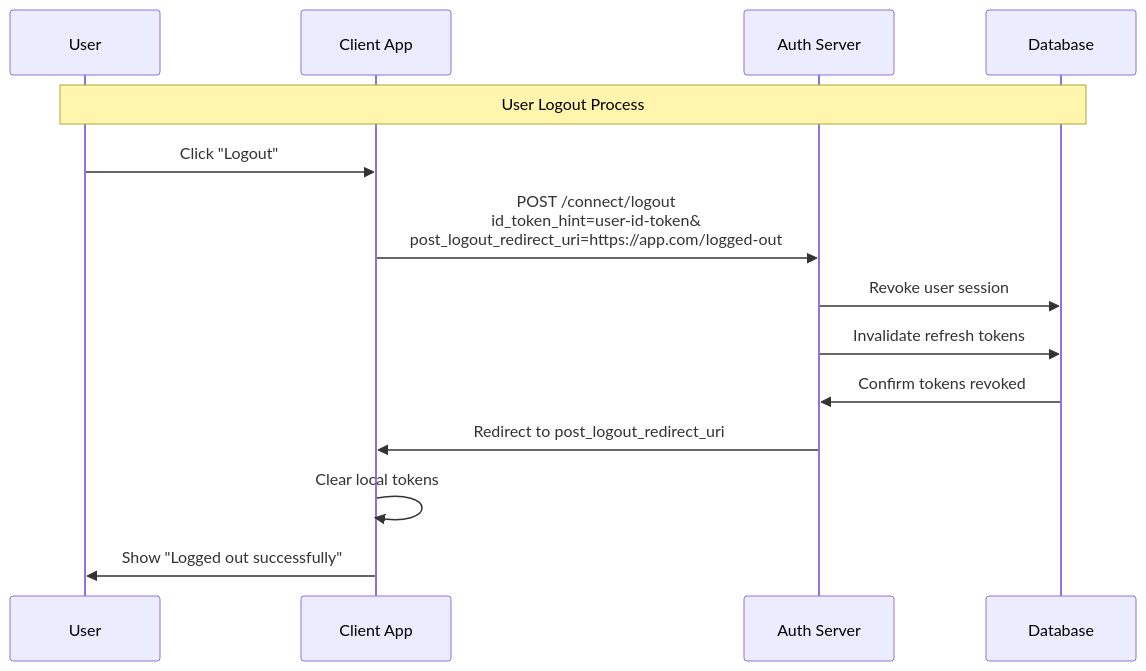
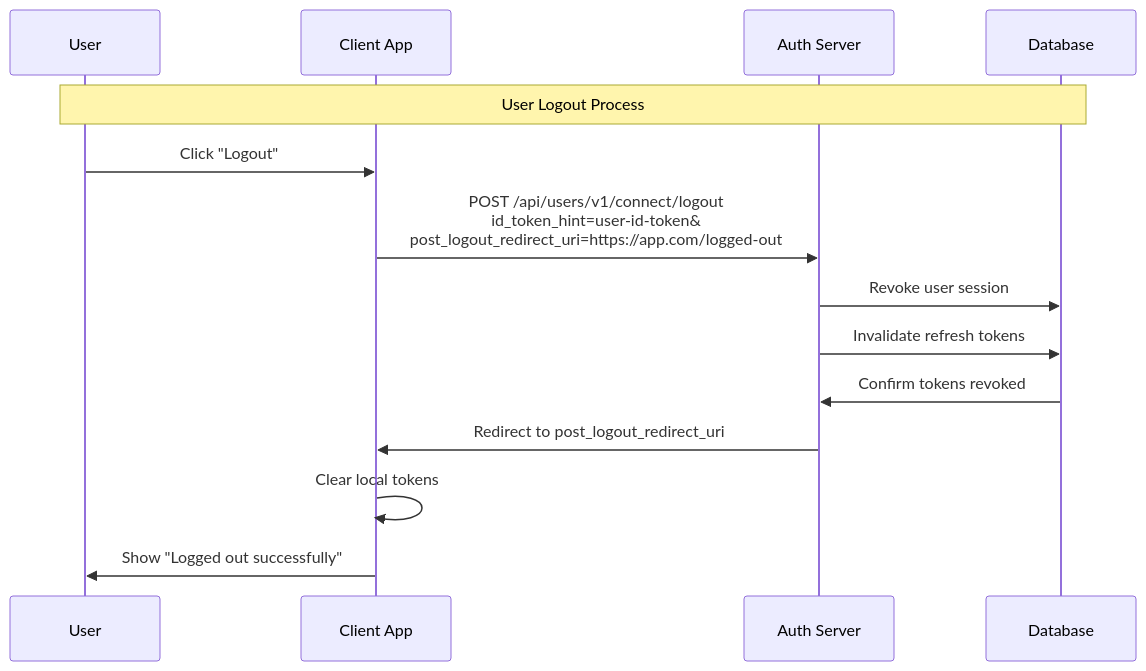
One commit to DataDog/stickerlandia changed the fourth of 4 diagrams in user-management/docs/Auth.md. Above: the diagram before and after it, drawn with Mermaid. The commit also changed other lines of this file and 6 other files, not shown here.

````diff
--- a/user-management/docs/Auth.md
+++ b/user-management/docs/Auth.md
@@ -164,19 +164,19 @@
 ```mermaid
 sequenceDiagram
     participant U as User
     participant C as Client App
     participant AS as Auth Server
     participant DB as Database
 
     Note over U,DB: User Logout Process
     U->>C: Click "Logout"
-    C->>AS: POST /connect/logout<br/>id_token_hint=user-id-token&<br/>post_logout_redirect_uri=https://app.com/logged-out
+    C->>AS: POST /api/users/v1/connect/logout<br/>id_token_hint=user-id-token&<br/>post_logout_redirect_uri=https://app.com/logged-out
     
     AS->>DB: Revoke user session
     AS->>DB: Invalidate refresh tokens
     DB->>AS: Confirm tokens revoked
     
     AS->>C: Redirect to post_logout_redirect_uri
     C->>C: Clear local tokens
     C->>U: Show "Logged out successfully"
 ```
````
